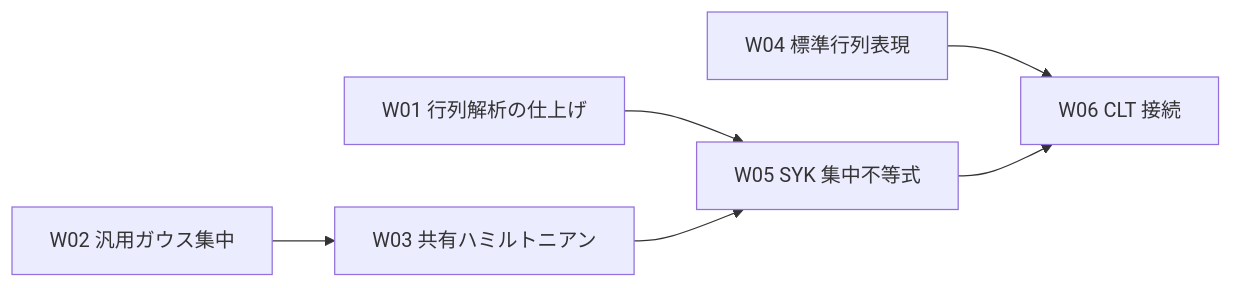
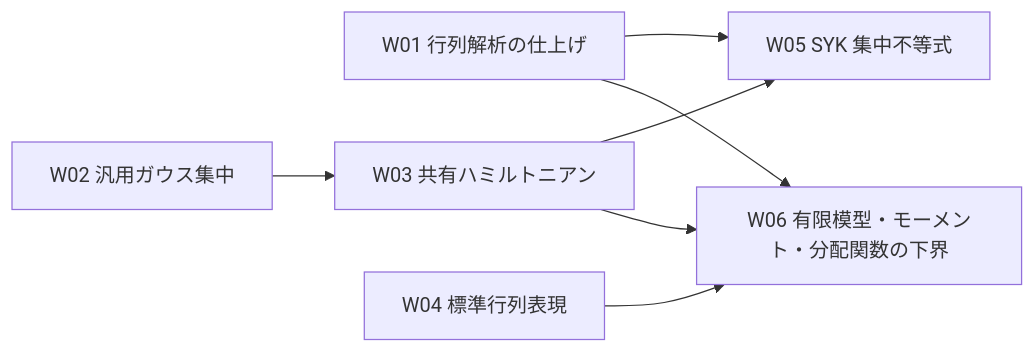
Before and after one commit to TokyoProbabilityGroup/SYK_CLT: the diagram in EDITING_PLAN.md, drawn with Mermaid. The commit also changed other lines of this file and 16 other files, not shown here.

````diff
--- a/EDITING_PLAN.md
+++ b/EDITING_PLAN.md
@@ -54,8 +54,9 @@
 ```mermaid
 flowchart LR
     W01["W01 行列解析の仕上げ"] --> W05["W05 SYK 集中不等式"]
     W02["W02 汎用ガウス集中"] --> W03["W03 共有ハミルトニアン"]
     W03 --> W05
-    W04["W04 標準行列表現"] --> W06["W06 CLT 接続"]
-    W05 --> W06
+    W04["W04 標準行列表現"] --> W06["W06 有限模型・モーメント・分配関数の下界"]
+    W01 --> W06
+    W03 --> W06
 ```
````
